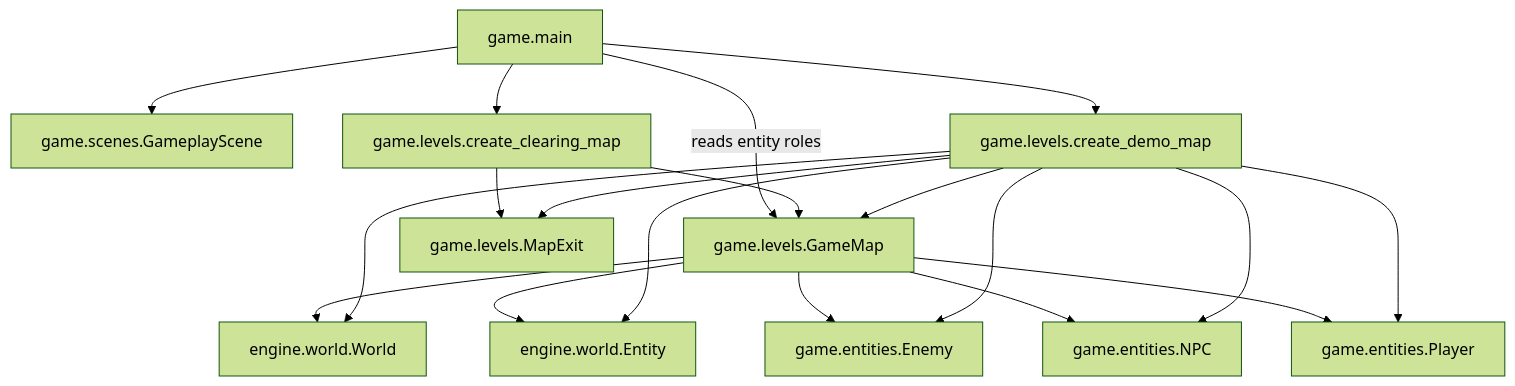
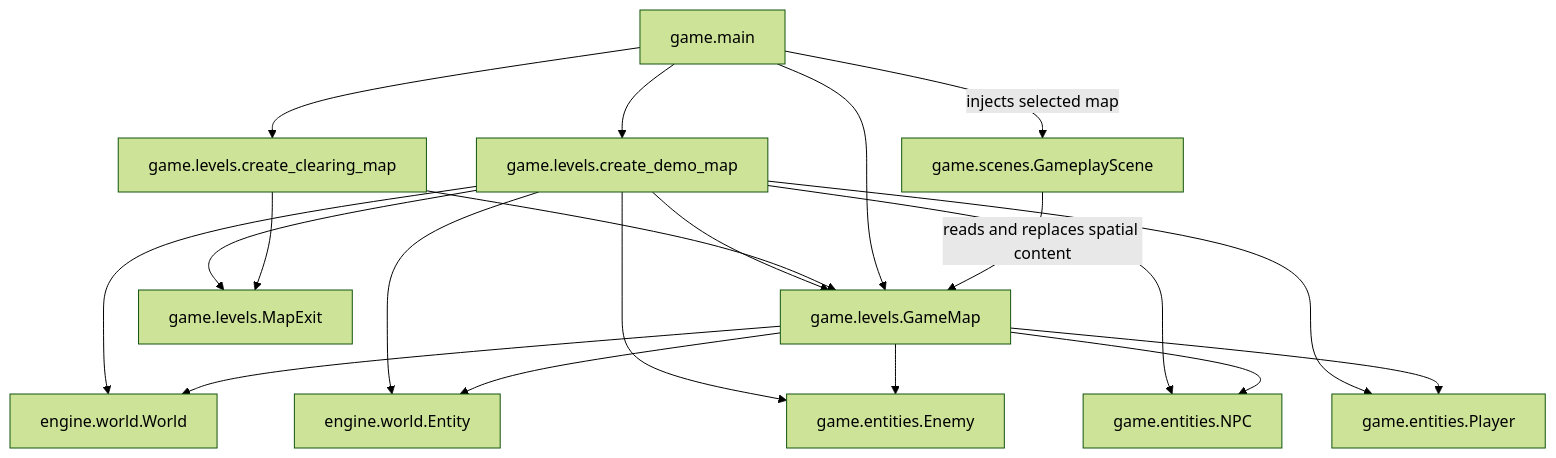
Before and after one commit to VincentMardon/my_first_adventure_game: the diagram in docs/architecture/levels.md, drawn with Mermaid (forest theme). The commit also changed other lines of this file and 8 other files, not shown here.

Commit message:
refactor(scenes): consume game map as spatial content

````diff
--- a/docs/architecture/levels.md
+++ b/docs/architecture/levels.md
@@ -90,33 +90,34 @@
 ```mermaid
 flowchart TD
     GameMap["game.levels.GameMap"]
     GameMain["game.main"]
     GameplayScene["game.scenes.GameplayScene"]
     DemoMap["game.levels.create_demo_map"]
     ClearingMap["game.levels.create_clearing_map"]
     MapExit["game.levels.MapExit"]
     World["engine.world.World"]
     Entity["engine.world.Entity"]
     Enemy["game.entities.Enemy"]
     NPC["game.entities.NPC"]
     Player["game.entities.Player"]
 
     DemoMap --> GameMap
     ClearingMap --> GameMap
     DemoMap --> MapExit
     ClearingMap --> MapExit
     DemoMap --> World
     DemoMap --> Entity
     DemoMap --> Enemy
     DemoMap --> NPC
     DemoMap --> Player
     GameMap --> World
     GameMap --> Entity
     GameMap --> Enemy
     GameMap --> NPC
     GameMap --> Player
     GameMain --> DemoMap
     GameMain --> ClearingMap
-    GameMain -->|"reads entity roles"| GameMap
-    GameMain --> GameplayScene
+    GameMain --> GameMap
+    GameMain -->|"injects selected map"| GameplayScene
+    GameplayScene -->|"reads and replaces spatial content"| GameMap
 ```
````
